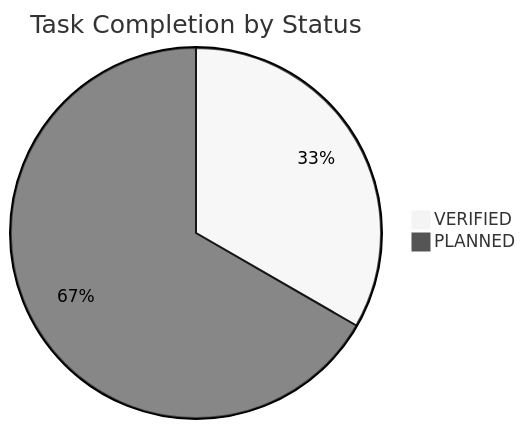
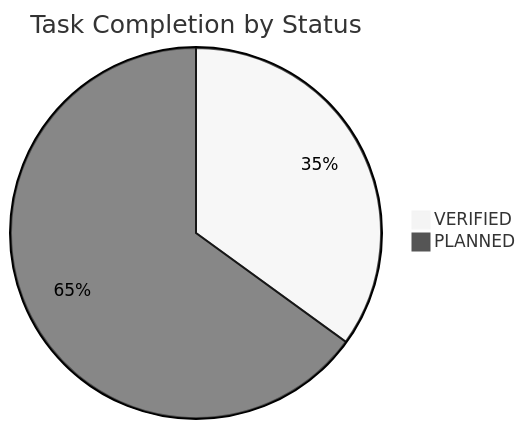
Before and after one commit to NguyenTriBaoThang/ClearWayAI: the diagram in docs/TASK_BOARD.md, drawn with Mermaid (neutral theme). The commit also changed other lines of this file and 19 other files, not shown here.

Commit message:
feat: initialize core schemas, data contracts, and project governance documentation

````diff
--- a/docs/TASK_BOARD.md
+++ b/docs/TASK_BOARD.md
@@ -16,5 +16,5 @@
 ```mermaid
 pie title Task Completion by Status
-    "VERIFIED" : 20
-    "PLANNED" : 40
+    "VERIFIED" : 21
+    "PLANNED" : 39
 ```
````
